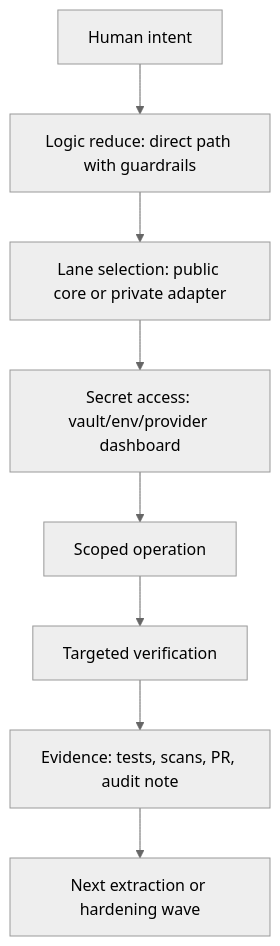
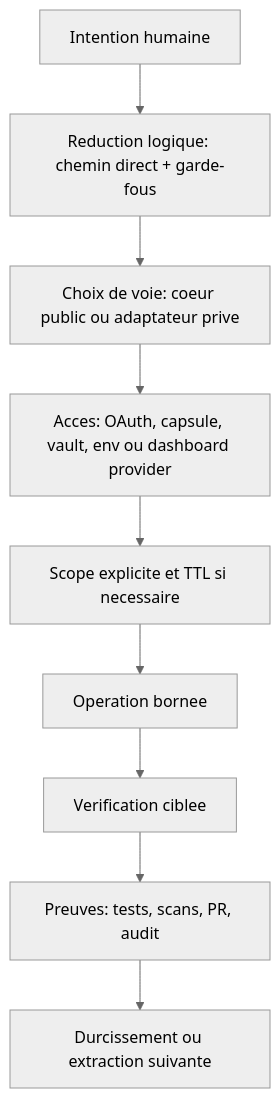
The first of 2 diagrams in docs/security/NOSSEN_ADAPTIVE_SECURITY_BRIEF_SANDRO_2026-05-23.md (Funesterie/alphaonze), drawn with Mermaid (neutral theme) before and after one commit. The commit also changed other lines of this file, not shown here.

````diff
--- a/docs/security/NOSSEN_ADAPTIVE_SECURITY_BRIEF_SANDRO_2026-05-23.md
+++ b/docs/security/NOSSEN_ADAPTIVE_SECURITY_BRIEF_SANDRO_2026-05-23.md
@@ -51,10 +59,11 @@
 ```mermaid
 flowchart TD
-  Intent["Human intent"] --> Reduce["Logic reduce: direct path with guardrails"]
-  Reduce --> Lane["Lane selection: public core or private adapter"]
-  Lane --> Vault["Secret access: vault/env/provider dashboard"]
-  Vault --> Work["Scoped operation"]
-  Work --> Verify["Targeted verification"]
-  Verify --> Evidence["Evidence: tests, scans, PR, audit note"]
-  Evidence --> Improve["Next extraction or hardening wave"]
+  Intent["Intention humaine"] --> Reduce["Reduction logique: chemin direct + garde-fous"]
+  Reduce --> Lane["Choix de voie: coeur public ou adaptateur prive"]
+  Lane --> Auth["Acces: OAuth, capsule, vault, env ou dashboard provider"]
+  Auth --> Scope["Scope explicite et TTL si necessaire"]
+  Scope --> Work["Operation bornee"]
+  Work --> Verify["Verification ciblee"]
+  Verify --> Evidence["Preuves: tests, scans, PR, audit"]
+  Evidence --> Improve["Durcissement ou extraction suivante"]
 ```
````
